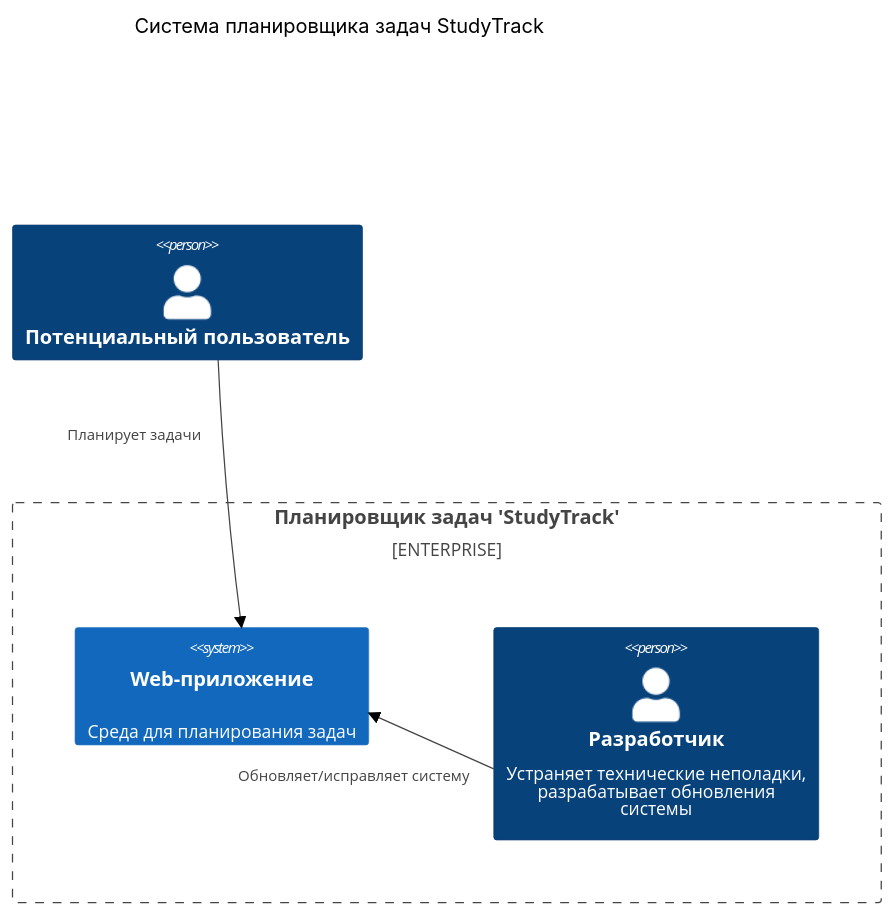
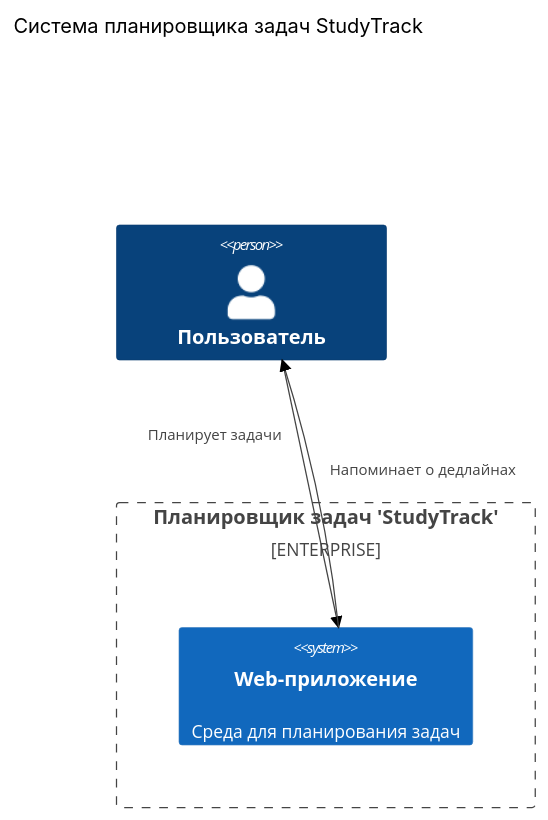
Before and after one commit to hse-perm-sandbox/study-track-docs: the diagram in c4/context.md, drawn with Mermaid (forest theme). The commit also changed other lines of this file and 2 other files, not shown here.

Commit message:
Исправил диаграммы контеста и данных

````diff
--- a/c4/context.md
+++ b/c4/context.md
@@ -4,17 +4,16 @@
 ```mermaid
 C4Context
     title Система планировщика задач StudyTrack
 
     Enterprise_Boundary(ST, "Планировщик задач 'StudyTrack'") {
         System(app, "Web-приложение", "Среда для планирования задач")
-        Person(developer, "Разработчик", "Устраняет технические неполадки,<br>разрабатывает обновления <br>системы")
     }
 
-    Person(client, "Потенциальный пользователь")
+    Person(client, "Пользователь")
 
-    Rel(developer, app, "Обновляет/исправляет систему")
-    UpdateRelStyle(developer, app, $offsetX="-155", $offsetY="25")
     Rel(client, app, "Планирует задачи")
     UpdateRelStyle(client, app, $offsetX="-130", $offsetY="-50")
+    Rel(app, client, "Напоминает о дедлайнах")
+    UpdateRelStyle(app, client, $offsetY="-22", $offsetX="15")
 
 ```
````
